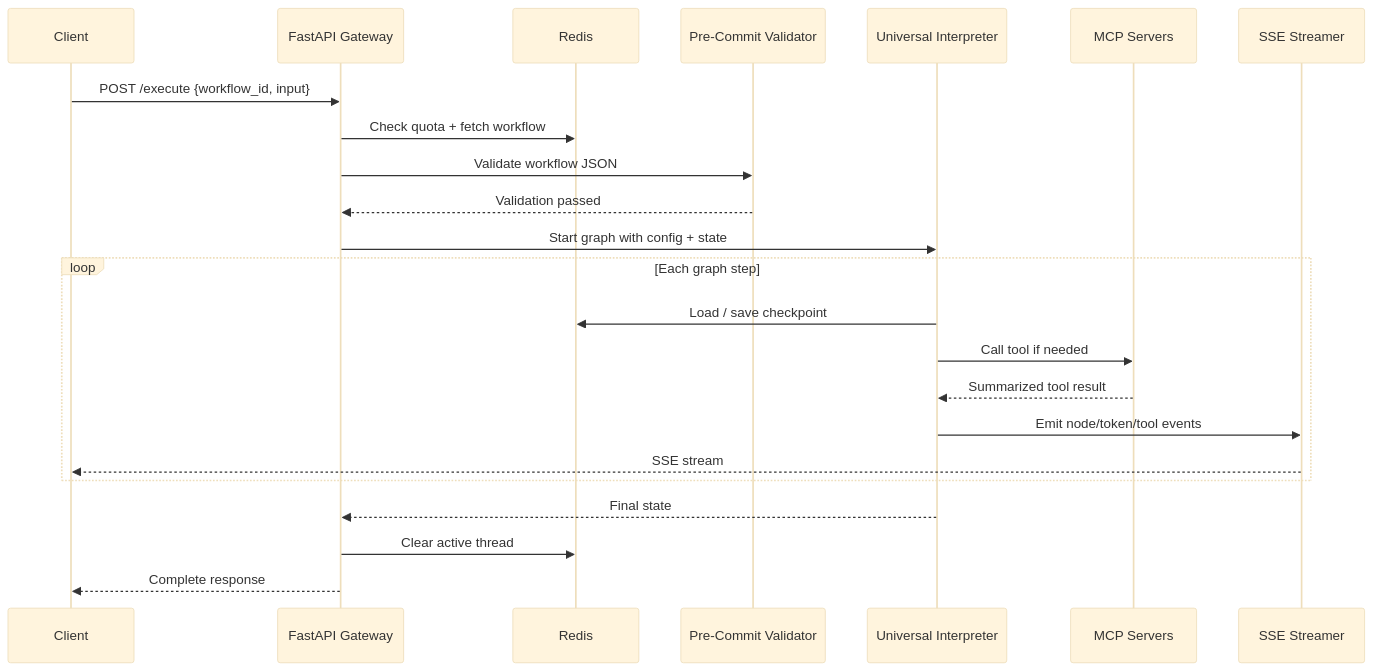
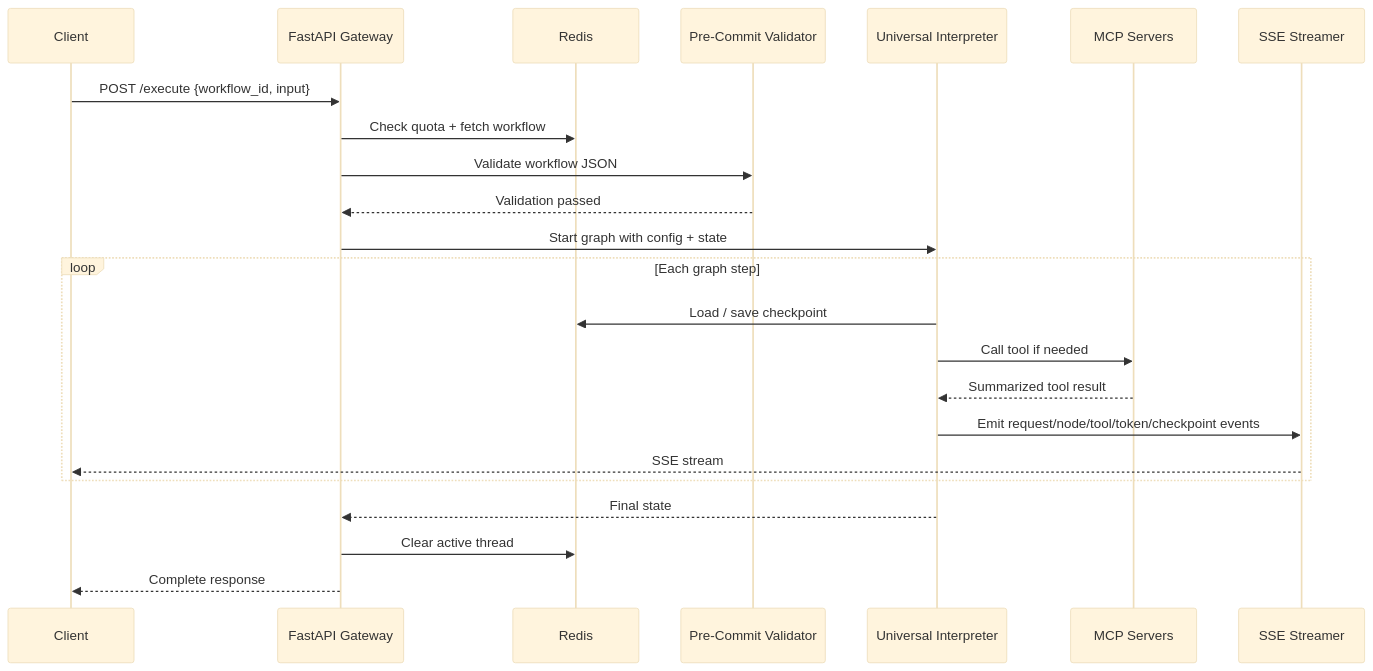
One commit to destngx/monorepo changed the diagram in docs/graph-weave/specification/runtime/request-lifecycle.md. Above: the diagram before and after it, drawn with Mermaid (base theme). The commit also changed other lines of this file and 43 other files, not shown here.

Commit message:
docs: sdd init for graph weave

````diff
--- a/docs/graph-weave/specification/runtime/request-lifecycle.md
+++ b/docs/graph-weave/specification/runtime/request-lifecycle.md
@@ -38,28 +52,28 @@
 ```mermaid
 sequenceDiagram
     participant C as Client
     participant API as FastAPI Gateway
     participant R as Redis
     participant V as Pre-Commit Validator
     participant G as Universal Interpreter
     participant M as MCP Servers
     participant S as SSE Streamer
 
     C->>API: POST /execute {workflow_id, input}
     API->>R: Check quota + fetch workflow
     API->>V: Validate workflow JSON
     V-->>API: Validation passed
     API->>G: Start graph with config + state
 
     loop Each graph step
         G->>R: Load / save checkpoint
         G->>M: Call tool if needed
         M-->>G: Summarized tool result
-        G->>S: Emit node/token/tool events
+        G->>S: Emit request/node/tool/token/checkpoint events
         S-->>C: SSE stream
     end
 
     G-->>API: Final state
     API->>R: Clear active thread
     API-->>C: Complete response
 ```
````
